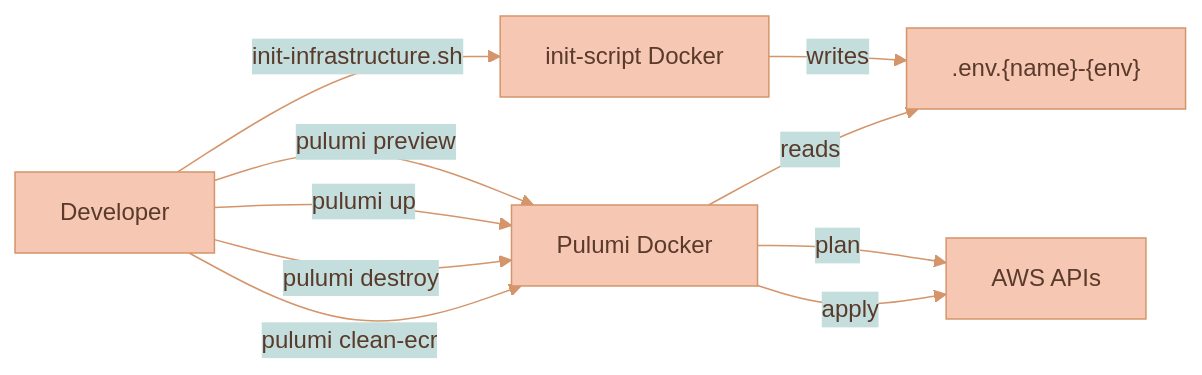
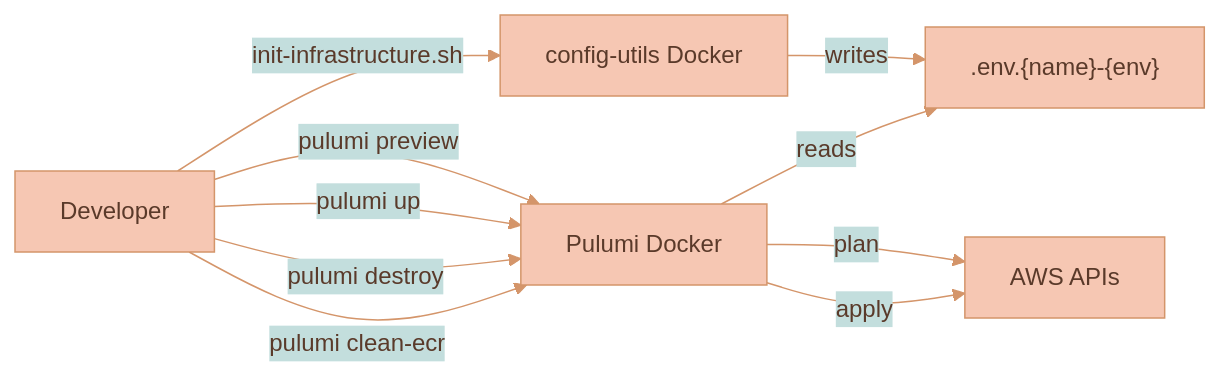
One commit to Lixpi/lixpi changed the diagram in documentation/platform/deployment/SCALING-AND-OPERATIONS.md. Above: the diagram before and after it, drawn with Mermaid. The commit also changed other lines of this file and 156 other files, not shown here.

````diff
--- a/documentation/platform/deployment/SCALING-AND-OPERATIONS.md
+++ b/documentation/platform/deployment/SCALING-AND-OPERATIONS.md
@@ -83,13 +83,13 @@
 ```mermaid
 %%{init: {'theme': 'base', 'themeVariables': { 'primaryColor': '#F6C7B3', 'primaryTextColor': '#5a3a2a', 'primaryBorderColor': '#d4956a', 'secondaryColor': '#C3DEDD', 'secondaryTextColor': '#1a3a47', 'secondaryBorderColor': '#4a8a9d', 'tertiaryColor': '#DCECE9', 'tertiaryTextColor': '#1a3a47', 'tertiaryBorderColor': '#82B2C0', 'lineColor': '#d4956a', 'textColor': '#5a3a2a'}}}%%
 flowchart LR
-    Dev["Developer"] -->|init-infrastructure.sh| Init[init-script Docker]
+    Dev["Developer"] -->|init-infrastructure.sh| Init[config-utils Docker]
     Init -->|writes| ENV[".env.{name}-{env}"]
     Dev -->|pulumi preview| Pulumi[Pulumi Docker]
     Pulumi -->|reads| ENV
     Pulumi -->|plan| AWS["AWS APIs"]
     Dev -->|pulumi up| Pulumi
     Pulumi -->|apply| AWS
     Dev -->|pulumi destroy| Pulumi
     Dev -->|pulumi clean-ecr| Pulumi
 ```
````
